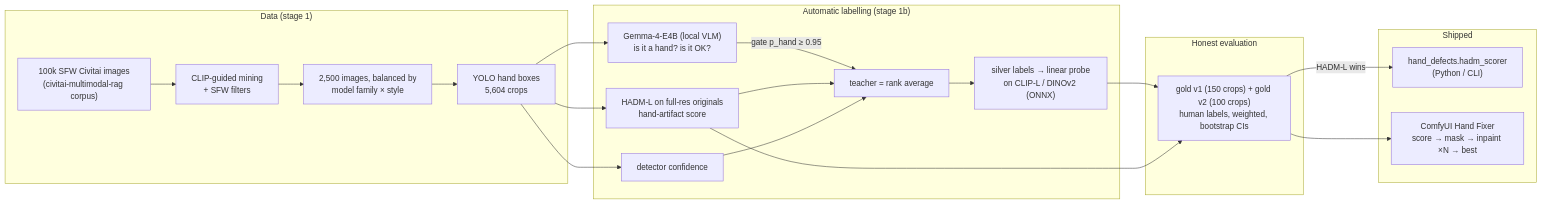
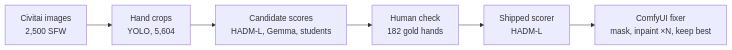
Before and after one commit to tablesizedogo/ai-hand-defect-detector: the diagram in README.md, drawn with Mermaid. The commit also changed other lines of this file and 22 other files, not shown here.

````diff
--- a/README.md
+++ b/README.md
@@ -25,25 +19,8 @@
 ```mermaid
 flowchart LR
-    subgraph data["Data (stage 1)"]
-        A["100k SFW Civitai images<br/>(civitai-multimodal-rag corpus)"] --> B["CLIP-guided mining<br/>+ SFW filters"]
-        B --> C["2,500 images, balanced by<br/>model family × style"]
-        C --> D["YOLO hand boxes<br/>5,604 crops"]
-    end
-    subgraph label["Automatic labelling (stage 1b)"]
-        D --> G["Gemma-4-E4B (local VLM)<br/>is it a hand? is it OK?"]
-        D --> H["HADM-L on full-res originals<br/>hand-artifact score"]
-        D --> I["detector confidence"]
-        G -->|"gate p_hand ≥ 0.95"| T["teacher = rank average"]
-        H --> T
-        I --> T
-        T --> S["silver labels → linear probe<br/>on CLIP-L / DINOv2 (ONNX)"]
-    end
-    subgraph eval["Honest evaluation"]
-        S --> E["gold v1 (150 crops) + gold v2 (100 crops)<br/>human labels, weighted, bootstrap CIs"]
-        H --> E
-    end
-    subgraph ship["Shipped"]
-        E -->|"HADM-L wins"| P["hand_defects.hadm_scorer<br/>(Python / CLI)"]
-        E --> N["ComfyUI Hand Fixer<br/>score → mask → inpaint ×N → best"]
-    end
+    A["Civitai images<br/>2,500 SFW"] --> B["Hand crops<br/>YOLO, 5,604"]
+    B --> C["Candidate scores<br/>HADM-L, Gemma, students"]
+    C --> D["Human check<br/>182 gold hands"]
+    D --> E["Shipped scorer<br/>HADM-L"]
+    E --> F["ComfyUI fixer<br/>mask, inpaint ×N, keep best"]
 ```
````
